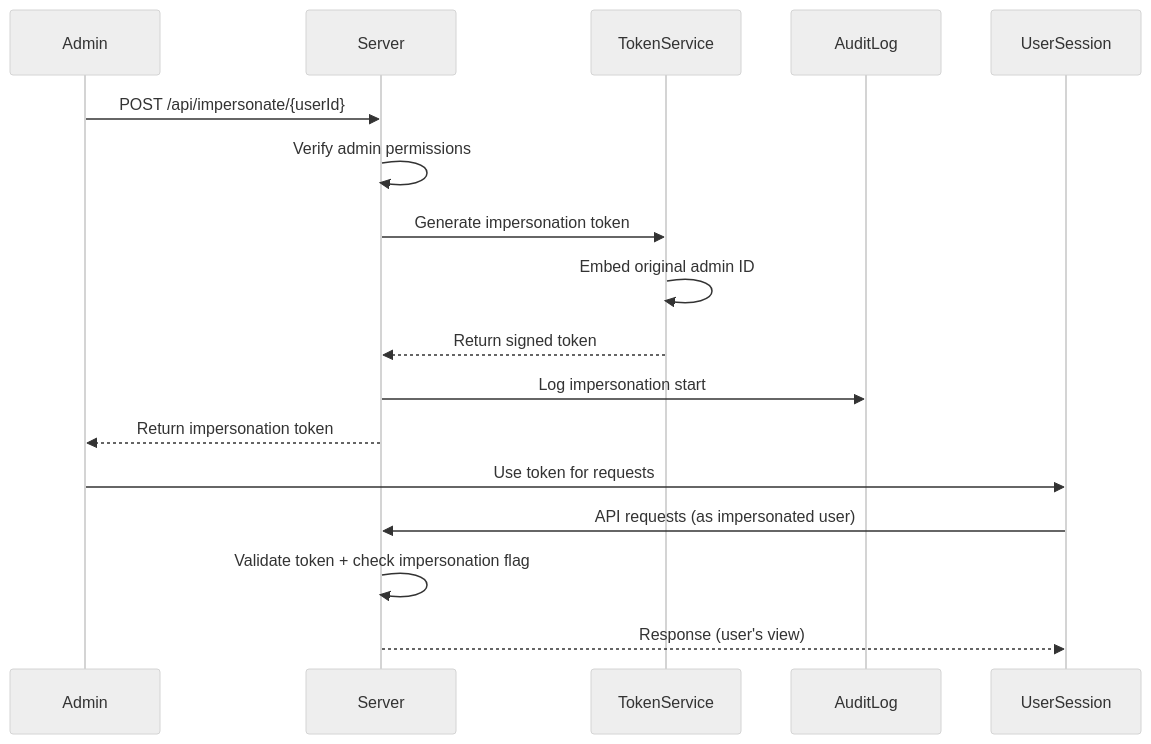
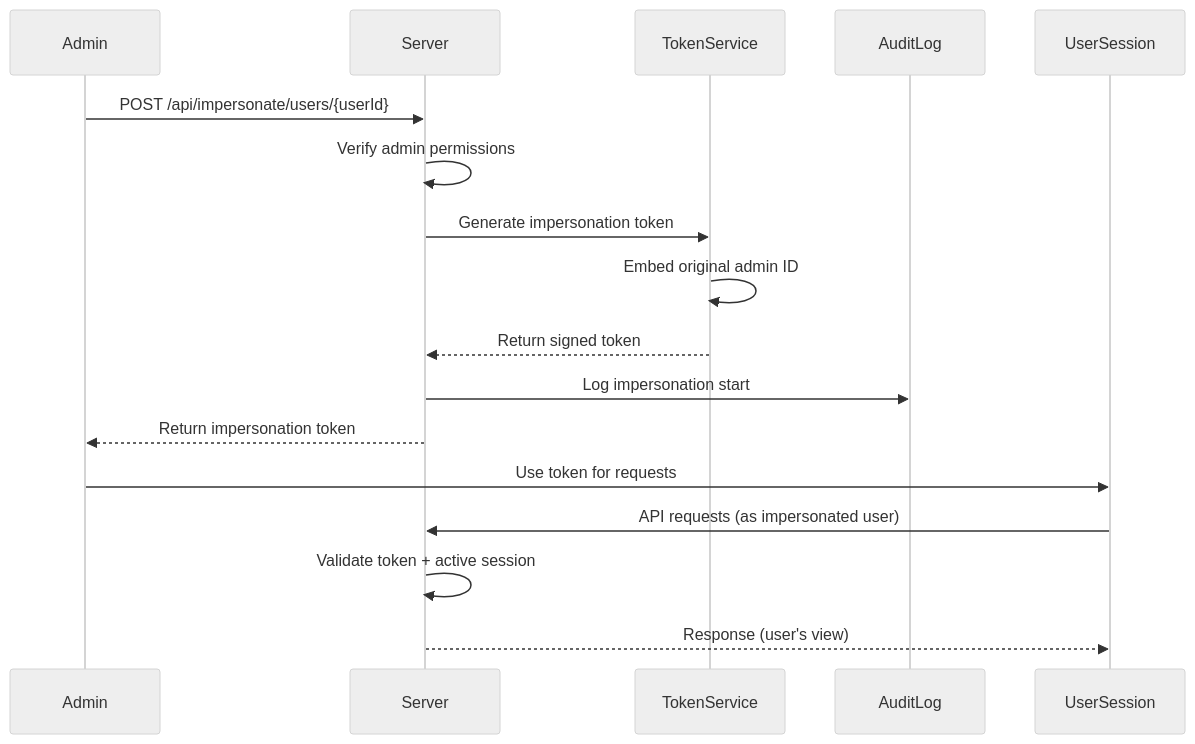
One commit to OneUptime/blog changed the first of 2 diagrams in posts/2026-01-30-impersonation-implementation/README.md. Above: the diagram before and after it, drawn with Mermaid (neutral theme). The commit also changed other lines of this file and 2 other files, not shown here.

Commit message:
validate: 2026-01-30-impersonation-implementation

````diff
--- a/posts/2026-01-30-impersonation-implementation/README.md
+++ b/posts/2026-01-30-impersonation-implementation/README.md
@@ -34,20 +34,20 @@
 ```mermaid
 sequenceDiagram
     participant Admin
     participant Server
     participant TokenService
     participant AuditLog
     participant UserSession
 
-    Admin->>Server: POST /api/impersonate/{userId}
+    Admin->>Server: POST /api/impersonate/users/{userId}
     Server->>Server: Verify admin permissions
     Server->>TokenService: Generate impersonation token
     TokenService->>TokenService: Embed original admin ID
     TokenService-->>Server: Return signed token
     Server->>AuditLog: Log impersonation start
     Server-->>Admin: Return impersonation token
     Admin->>UserSession: Use token for requests
     UserSession->>Server: API requests (as impersonated user)
-    Server->>Server: Validate token + check impersonation flag
+    Server->>Server: Validate token + active session
     Server-->>UserSession: Response (user's view)
 ```
````
